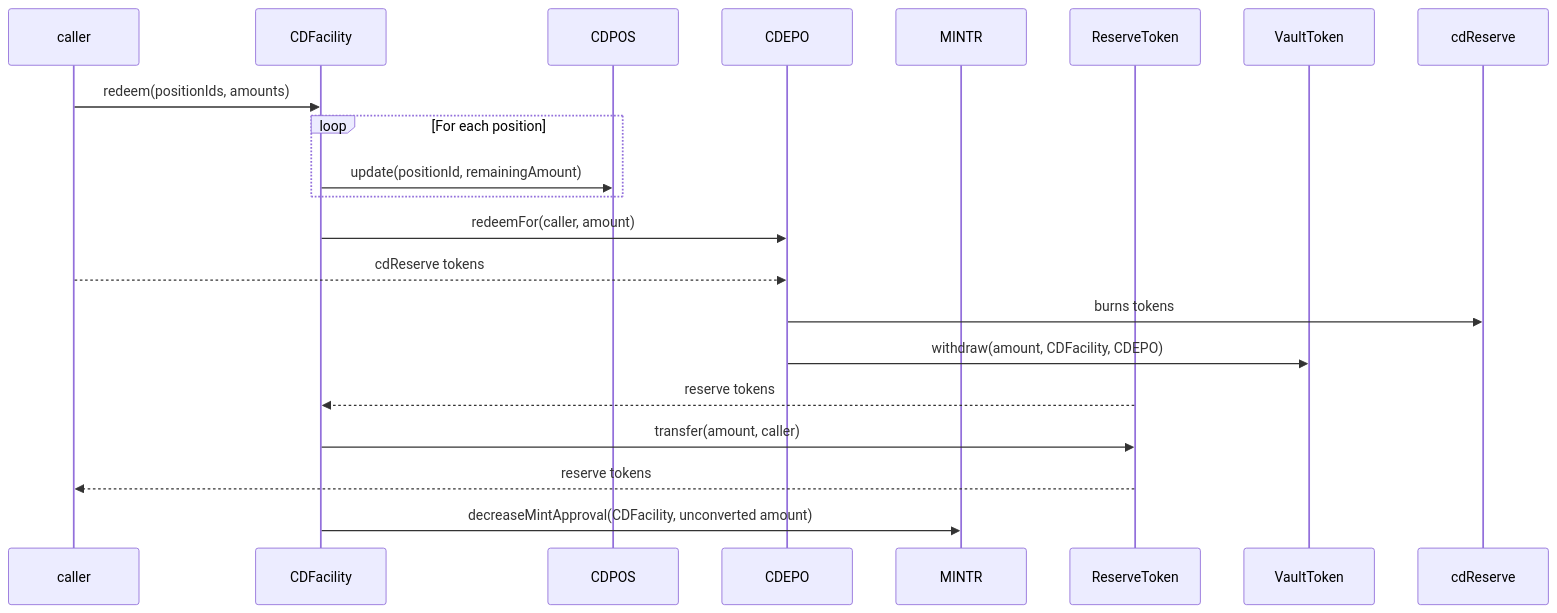
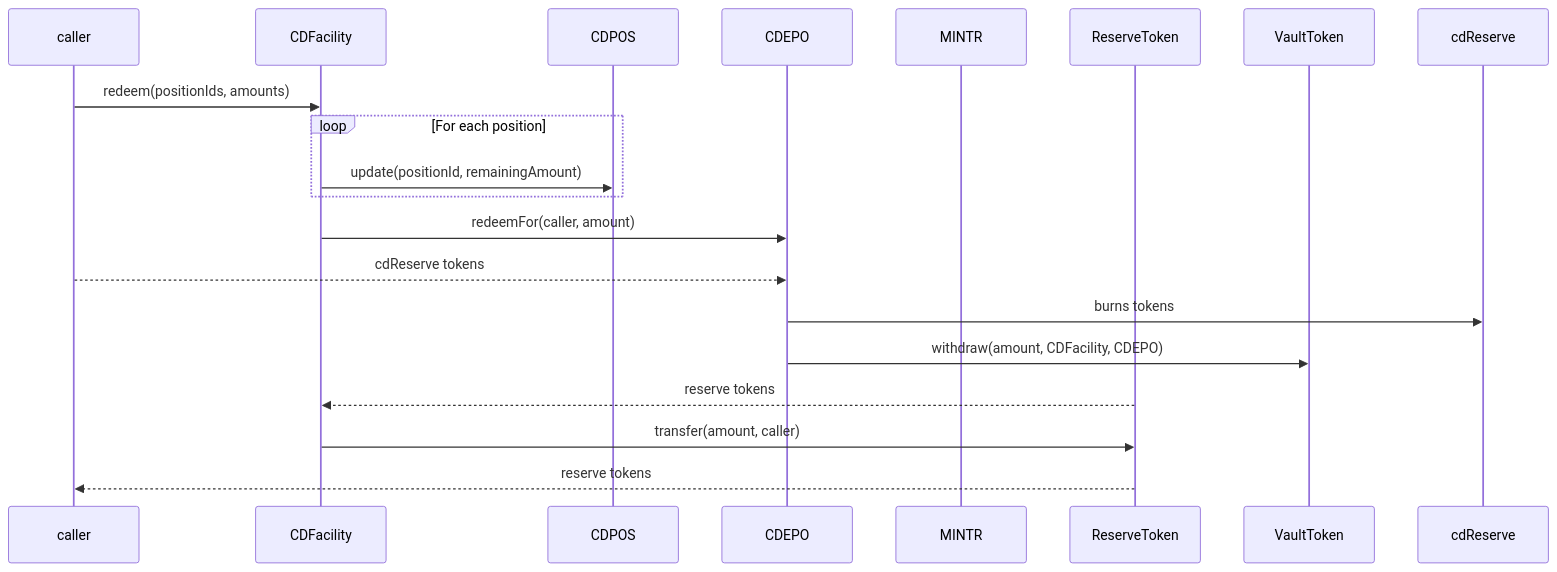
One commit to OlympusDAO/olympus-v3 changed the sixth of 6 diagrams in audit/2025-01_convertible-deposits/README.md. Above: the diagram before and after it, drawn with Mermaid. The commit also changed other lines of this file, not shown here.

Commit message:
Remove mint approvals from diagrams

````diff
--- a/audit/2025-01_convertible-deposits/README.md
+++ b/audit/2025-01_convertible-deposits/README.md
@@ -263,24 +262,23 @@
 ```mermaid
 sequenceDiagram
     participant caller
     participant CDFacility
     participant CDPOS
     participant CDEPO
     participant MINTR
     participant ReserveToken
     participant VaultToken
     participant cdReserve
 
     caller->>CDFacility: redeem(positionIds, amounts)
     loop For each position
         CDFacility->>CDPOS: update(positionId, remainingAmount)
     end
     CDFacility->>CDEPO: redeemFor(caller, amount)
     caller-->>CDEPO: cdReserve tokens
     CDEPO->>cdReserve: burns tokens
     CDEPO->>VaultToken: withdraw(amount, CDFacility, CDEPO)
     ReserveToken-->>CDFacility: reserve tokens
     CDFacility->>ReserveToken: transfer(amount, caller)
     ReserveToken-->>caller: reserve tokens
-    CDFacility->>MINTR: decreaseMintApproval(CDFacility, unconverted amount)
 ```
````
